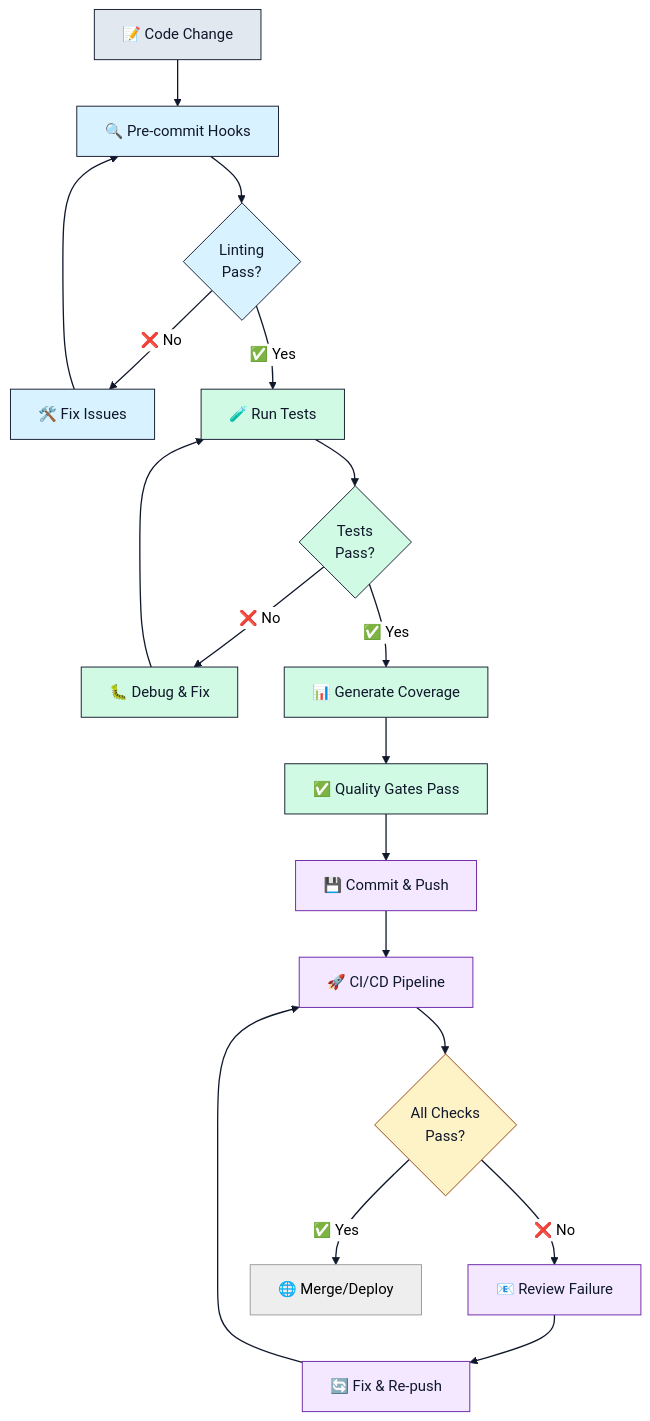
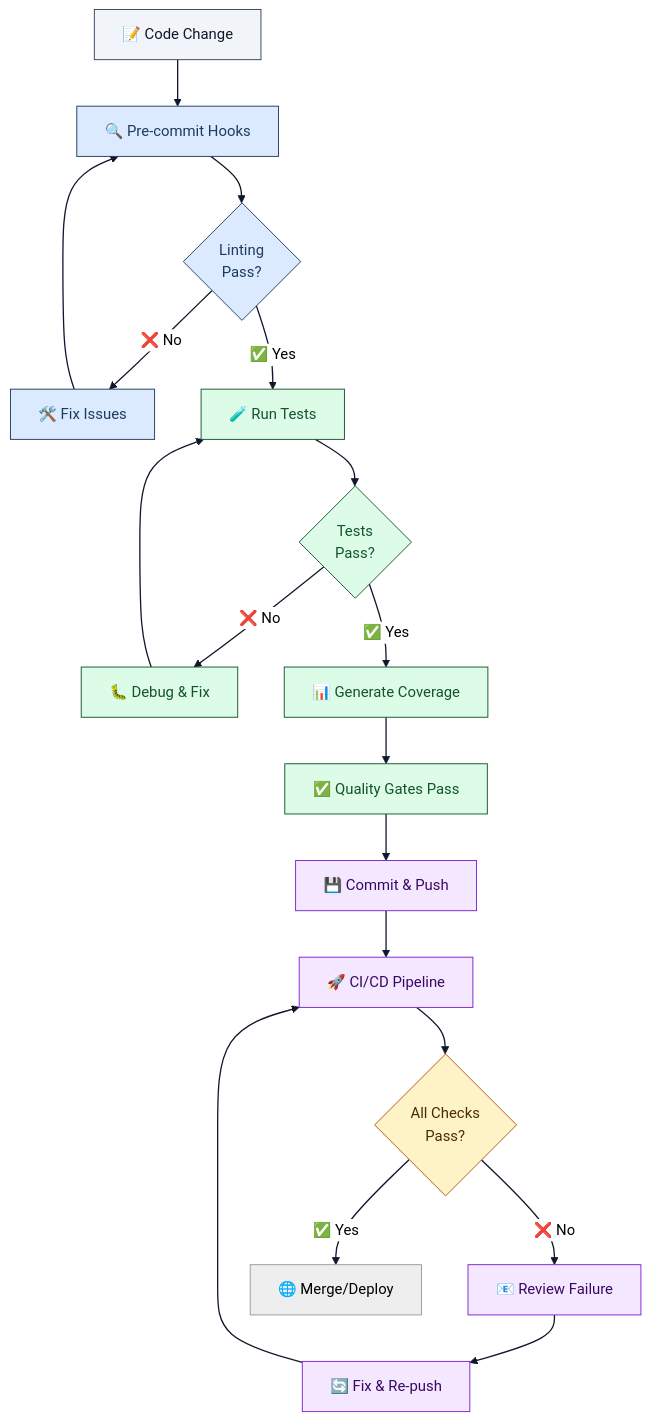
One commit to lightspeedwp/.github changed the third of 4 diagrams in README.md. Above: the diagram before and after it, drawn with Mermaid (neutral theme). The commit also changed other lines of this file and 181 other files, not shown here.

Commit message:
docs: maintenance updates (Mermaid + staleness)

````diff
--- a/README.md
+++ b/README.md
@@ -274,41 +276,42 @@
 ```mermaid
 flowchart TD
   accTitle: "Development workflow and quality gates"
   accDescr {
     Flowchart showing the path from code changes through pre-commit hooks,
     linting checks, test suites, coverage validation, and CI/CD pipeline
     to successful deployment.
   }
 
   A["📝 Code Change"] --> B["🔍 Pre-commit Hooks"]
   B --> C{Linting<br/>Pass?}
   C -->|❌ No| D["🛠️ Fix Issues"]
   D --> B
   C -->|✅ Yes| E["🧪 Run Tests"]
   E --> F{Tests<br/>Pass?}
   F -->|❌ No| G["🐛 Debug & Fix"]
   G --> E
   F -->|✅ Yes| H["📊 Generate Coverage"]
   H --> I["✅ Quality Gates Pass"]
   I --> J["💾 Commit & Push"]
   J --> K["🚀 CI/CD Pipeline"]
   K --> L{All Checks<br/>Pass?}
   L -->|❌ No| M["📧 Review Failure"]
   M --> N["🔄 Fix & Re-push"]
   N --> K
   L -->|✅ Yes| O["🌐 Merge/Deploy"]
 
-  classDef change fill:#e2e8f0,stroke:#0f172a,color:#0f172a
-  classDef validation fill:#d9f2ff,stroke:#0f172a,color:#0f172a
-  classDef test fill:#d1fae5,stroke:#0f172a,color:#0f172a
-  classDef deploy fill:#f3e8ff,stroke:#6b21a8,color:#0f172a
-  classDef decision fill:#fef3c7,stroke:#92400e,color:#0f172a
+  classDef change fill:#f1f5f9,stroke:#334155,color:#0f172a
+  classDef validation fill:#dbeafe,stroke:#1e3a5f,color:#1e3a5f
+  classDef test fill:#dcfce7,stroke:#14532d,color:#14532d
+  classDef deploy fill:#f3e8ff,stroke:#7e22ce,color:#3b0764
+  classDef decision fill:#fef3c7,stroke:#b45309,color:#4a2c00
 
   class A change
   class B,C,D validation
   class E,F,G,H,I test
   class J,K,M,N deploy
   class L decision
 
   linkStyle default stroke:#0f172a,stroke-width:1.4px
+accDescr: Detailed diagram
 ```
````
